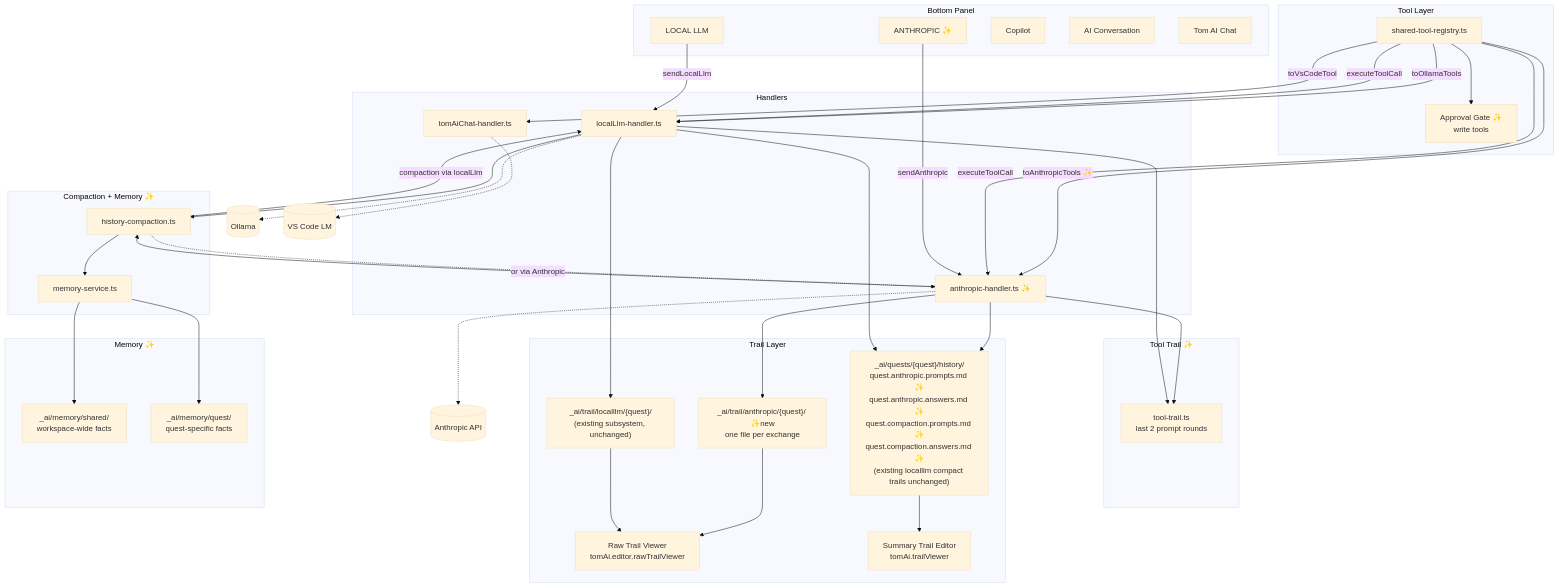
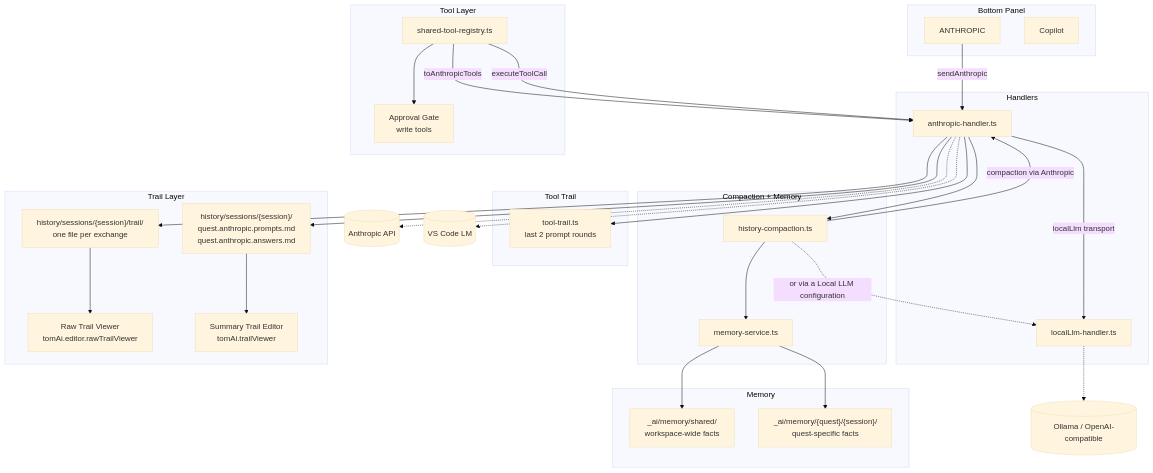
Before and after one commit to al-the-bear/tom_vscode: the second of 9 diagrams in tom_vscode_extension/doc/anthropic_sdk_integration.md, drawn with Mermaid (base theme). The commit also changed other lines of this file and 84 other files, not shown here.

First line of the commit message:
Remove the Local LLM, AI Conversation and Tom AI Chat panels

````diff
--- a/tom_vscode_extension/doc/anthropic_sdk_integration.md
+++ b/tom_vscode_extension/doc/anthropic_sdk_integration.md
@@ -73,72 +64,59 @@
 ```mermaid
 graph TD
     subgraph Panel["Bottom Panel"]
-        PL[LOCAL LLM]
-        PA[ANTHROPIC ✨]
+        PA[ANTHROPIC]
         PC[Copilot]
-        PAC[AI Conversation]
-        PT[Tom AI Chat]
     end
 
     subgraph Handlers
+        AH[anthropic-handler.ts]
         LH[localLlm-handler.ts]
-        AH[anthropic-handler.ts ✨]
-        TH[tomAiChat-handler.ts]
     end
 
     subgraph ToolLayer["Tool Layer"]
         TR[shared-tool-registry.ts]
-        TR -->|toOllamaTools| LH
-        TR -->|toAnthropicTools ✨| AH
-        TR -->|toVsCodeTool| TH
-        TR -->|executeToolCall| LH
+        TR -->|toAnthropicTools| AH
         TR -->|executeToolCall| AH
-        APPR[Approval Gate ✨\nwrite tools]
+        APPR[Approval Gate\nwrite tools]
         TR --> APPR
     end
 
-    subgraph CompactionLayer["Compaction + Memory ✨"]
+    subgraph CompactionLayer["Compaction + Memory"]
         HC[history-compaction.ts]
         MS[memory-service.ts]
-        HC -->|compaction via localLlm| LH
-        HC -.->|or via Anthropic| AH
+        HC -->|compaction via Anthropic| AH
+        HC -.->|or via a Local LLM configuration| LH
     end
 
-    subgraph ToolTrailLayer["Tool Trail ✨"]
+    subgraph ToolTrailLayer["Tool Trail"]
         TT[tool-trail.ts\nlast 2 prompt rounds]
         AH --> TT
-        LH --> TT
     end
 
     subgraph TrailLayer["Trail Layer"]
-        RAWL["_ai/trail/localllm/{quest}/\n(existing subsystem, unchanged)"]
-        RAWA["_ai/trail/anthropic/{quest}/ ✨new\none file per exchange"]
-        COMPACT["_ai/quests/{quest}/history/\nquest.anthropic.prompts.md ✨\nquest.anthropic.answers.md ✨\nquest.compaction.prompts.md ✨\nquest.compaction.answers.md ✨\n(existing localllm compact trails unchanged)"]
+        RAWA["history/sessions/{session}/trail/\none file per exchange"]
+        COMPACT["history/sessions/{session}/\nquest.anthropic.prompts.md\nquest.anthropic.answers.md"]
         RTV["Raw Trail Viewer\ntomAi.editor.rawTrailViewer"]
         STE["Summary Trail Editor\ntomAi.trailViewer"]
     end
     RAWA --> RTV
-    RAWL --> RTV
     COMPACT --> STE
 
-    subgraph MemoryLayer["Memory ✨"]
+    subgraph MemoryLayer["Memory"]
         MEMSH["_ai/memory/shared/\nworkspace-wide facts"]
-        MEMQ["_ai/memory/quest/\nquest-specific facts"]
+        MEMQ["_ai/memory/{quest}/{session}/\nquest-specific facts"]
     end
 
     PA -->|sendAnthropic| AH
-    PL -->|sendLocalLlm| LH
+    AH -->|localLlm transport| LH
     AH --> RAWA
     AH --> COMPACT
-    LH --> RAWL
-    LH --> COMPACT
     AH --> HC
-    LH --> HC
     HC --> MS
     MS --> MEMSH
     MS --> MEMQ
 
-    LH -.-> OLLAMA[(Ollama)]
+    LH -.-> OLLAMA[(Ollama / OpenAI-compatible)]
     AH -.-> ANTHROPIC[(Anthropic API)]
-    TH -.-> VSCODELM[(VS Code LM)]
+    AH -.-> VSCODELM[(VS Code LM)]
 ```
````
